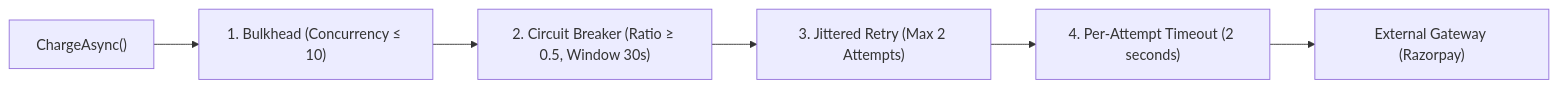
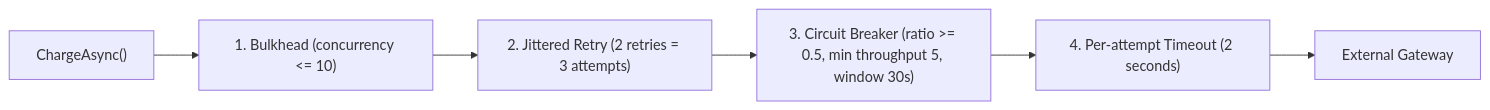
One commit to desiarchitect/tadka-cohort changed the diagram in docs/runbooks/day-14.md. Above: the diagram before and after it, drawn with Mermaid. The commit also changed other lines of this file and 6 other files, not shown here.

````diff
--- a/docs/runbooks/day-14.md
+++ b/docs/runbooks/day-14.md
@@ -158,8 +158,8 @@
 ```mermaid
 flowchart LR
-    Call["ChargeAsync()"] --> L1["1. Bulkhead (Concurrency ≤ 10)"]
-    L1 --> L2["2. Circuit Breaker (Ratio ≥ 0.5, Window 30s)"]
-    L2 --> L3["3. Jittered Retry (Max 2 Attempts)"]
-    L3 --> L4["4. Per-Attempt Timeout (2 seconds)"]
-    L4 --> Ext["External Gateway (Razorpay)"]
+    Call["ChargeAsync()"] --> L1["1. Bulkhead (concurrency <= 10)"]
+    L1 --> L2["2. Jittered Retry (2 retries = 3 attempts)"]
+    L2 --> L3["3. Circuit Breaker (ratio >= 0.5, min throughput 5, window 30s)"]
+    L3 --> L4["4. Per-attempt Timeout (2 seconds)"]
+    L4 --> Ext["External Gateway"]
 ```
````
